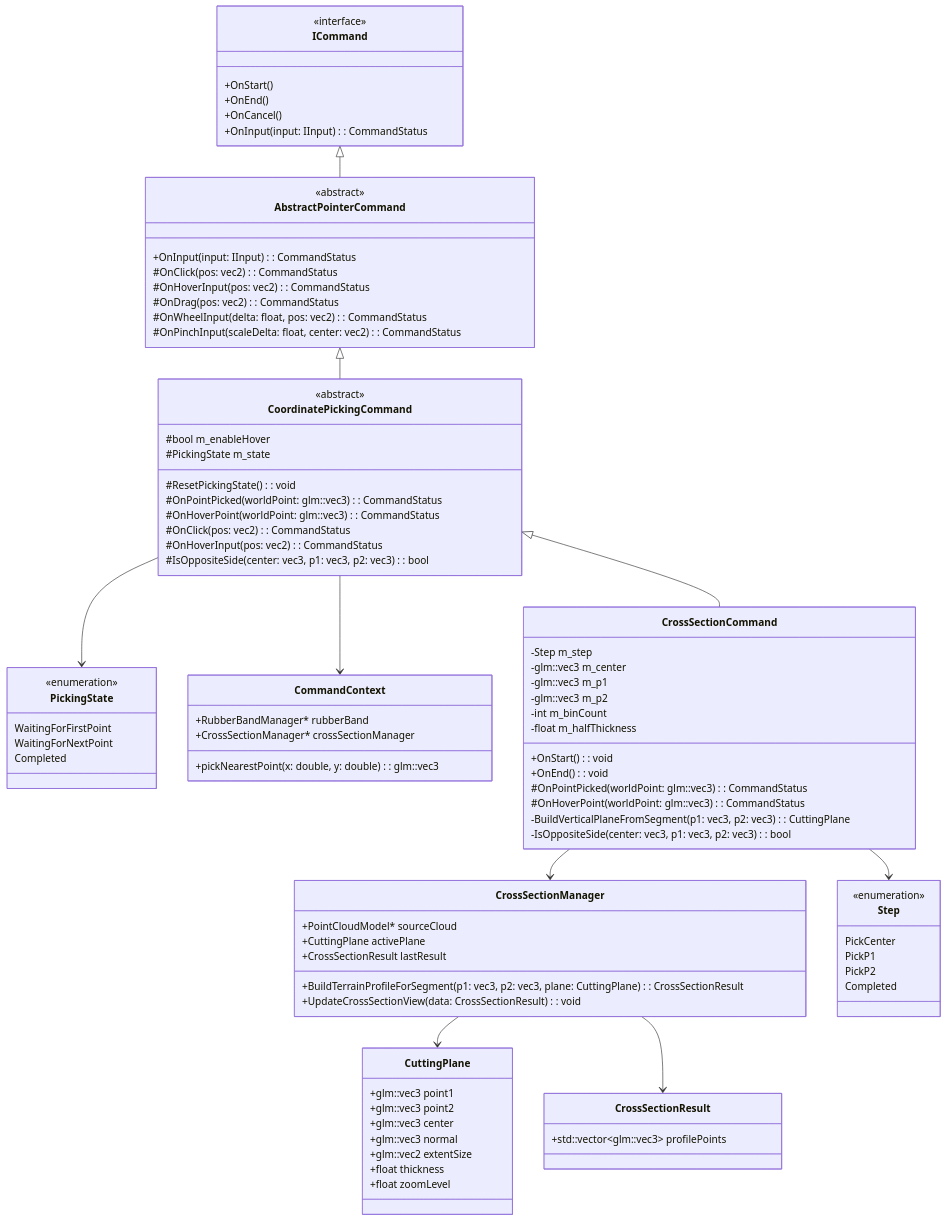
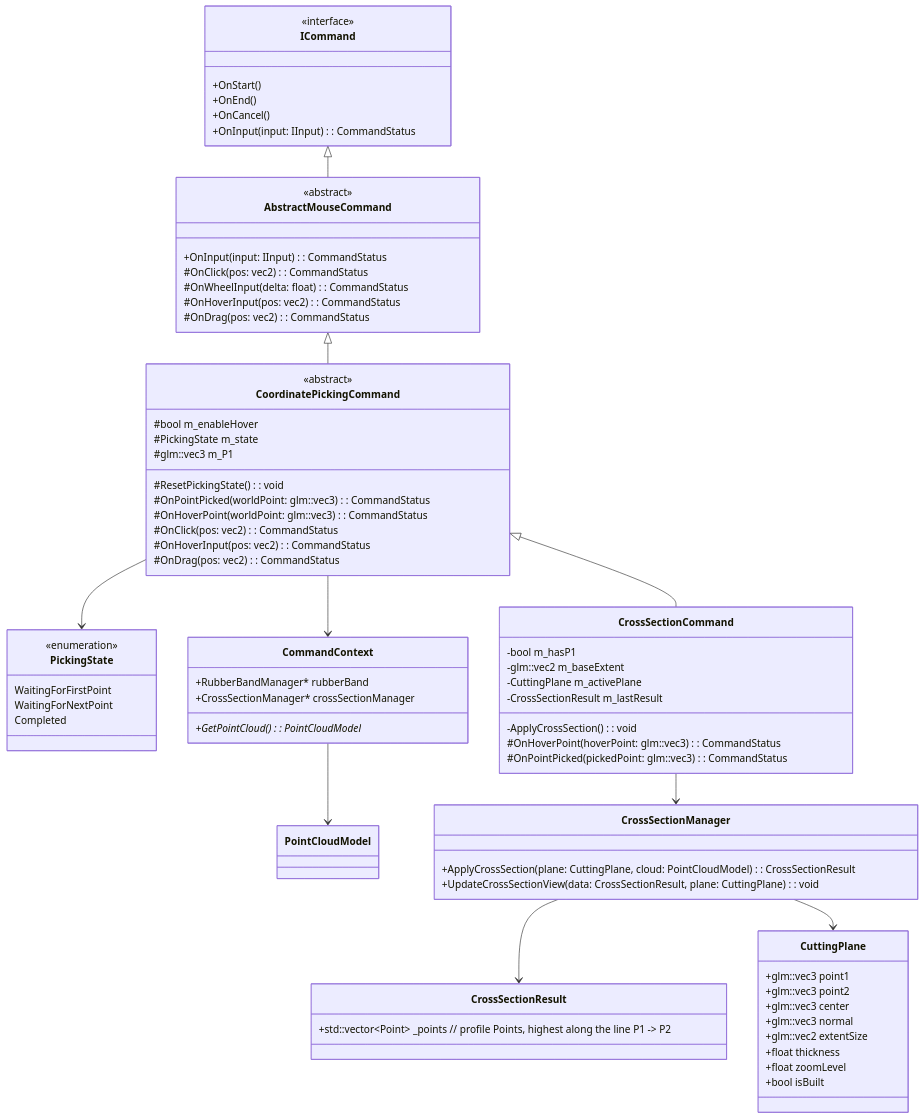
The diagram in NewCrossSection.md (vfa-khaidt1/vfa-cdn), drawn with Mermaid before and after one commit. The commit also changed other lines of this file, not shown here.

````diff
--- a/NewCrossSection.md
+++ b/NewCrossSection.md
@@ -22,26 +22,13 @@
         +OnInput(input: IInput): CommandStatus
     }
 
-    class AbstractPointerCommand {
+    class AbstractMouseCommand {
         <<abstract>>
         +OnInput(input: IInput): CommandStatus
         #OnClick(pos: vec2): CommandStatus
+        #OnWheelInput(delta: float): CommandStatus
         #OnHoverInput(pos: vec2): CommandStatus
         #OnDrag(pos: vec2): CommandStatus
-        #OnWheelInput(delta: float, pos: vec2): CommandStatus
-        #OnPinchInput(scaleDelta: float, center: vec2): CommandStatus
-    }
-
-    class CoordinatePickingCommand {
-        <<abstract>>
-        #bool m_enableHover
-        #PickingState m_state
-        #ResetPickingState(): void
-        #OnPointPicked(worldPoint: glm::vec3): CommandStatus
-        #OnHoverPoint(worldPoint: glm::vec3): CommandStatus
-        #OnClick(pos: vec2): CommandStatus
-        #OnHoverInput(pos: vec2): CommandStatus
-        #IsOppositeSide(center: vec3, p1: vec3, p2: vec3): bool
     }
 
     class PickingState {
@@ -51,8 +38,21 @@
         Completed
     }
 
-    ICommand <|-- AbstractPointerCommand
-    AbstractPointerCommand <|-- CoordinatePickingCommand
+    class CoordinatePickingCommand {
+        <<abstract>>
+        #bool m_enableHover
+        #PickingState m_state
+        #glm::vec3 m_P1
+        #ResetPickingState(): void
+        #OnPointPicked(worldPoint: glm::vec3): CommandStatus
+        #OnHoverPoint(worldPoint: glm::vec3): CommandStatus
+        #OnClick(pos: vec2): CommandStatus
+        #OnHoverInput(pos: vec2): CommandStatus
+        #OnDrag(pos: vec2): CommandStatus
+    }
+
+    ICommand <|-- AbstractMouseCommand
+    AbstractMouseCommand <|-- CoordinatePickingCommand
     CoordinatePickingCommand --> PickingState
 
     class CuttingPlane {
@@ -63,55 +63,41 @@
         +glm::vec2 extentSize
         +float thickness
         +float zoomLevel
+        +bool isBuilt
     }
 
     class CrossSectionResult {
-        +std::vector~glm::vec3~ profilePoints
+        +std::vector~Point~ _points // profile Points, highest along the line P1 -> P2
     }
 
+    class PointCloudModel
+
     class CrossSectionManager {
-        +PointCloudModel* sourceCloud
-        +CuttingPlane activePlane
-        +CrossSectionResult lastResult
-        +BuildTerrainProfileForSegment(p1: vec3, p2: vec3, plane: CuttingPlane): CrossSectionResult
-        +UpdateCrossSectionView(data: CrossSectionResult): void
+        +ApplyCrossSection(plane: CuttingPlane, cloud: PointCloudModel): CrossSectionResult
+        +UpdateCrossSectionView(data: CrossSectionResult, plane: CuttingPlane): void
     }
 
     class CommandContext {
         +RubberBandManager* rubberBand
         +CrossSectionManager* crossSectionManager
-        +pickNearestPoint(x: double, y: double): glm::vec3
+        +GetPointCloud(): PointCloudModel*
     }
 
     class CrossSectionCommand {
-        -Step m_step
-        -glm::vec3 m_center
-        -glm::vec3 m_p1
-        -glm::vec3 m_p2
-        -int m_binCount
-        -float m_halfThickness
-        +OnStart(): void
-        +OnEnd(): void
-        #OnPointPicked(worldPoint: glm::vec3): CommandStatus
-        #OnHoverPoint(worldPoint: glm::vec3): CommandStatus
-        -BuildVerticalPlaneFromSegment(p1: vec3, p2: vec3): CuttingPlane
-        -IsOppositeSide(center: vec3, p1: vec3, p2: vec3): bool
-    }
-
-    class Step {
-        <<enumeration>>
-        PickCenter
-        PickP1
-        PickP2
-        Completed
+        -bool m_hasP1
+        -glm::vec2 m_baseExtent
+        -CuttingPlane m_activePlane
+        -CrossSectionResult m_lastResult
+        -ApplyCrossSection(): void
+        #OnHoverPoint(hoverPoint: glm::vec3): CommandStatus
+        #OnPointPicked(pickedPoint: glm::vec3): CommandStatus
     }
 
     CoordinatePickingCommand <|-- CrossSectionCommand
-    CrossSectionCommand --> Step
-
     CoordinatePickingCommand --> CommandContext
     CrossSectionCommand --> CrossSectionManager
+    CommandContext --> PointCloudModel
+    CrossSectionManager --> CrossSectionResult
     CrossSectionManager --> CuttingPlane
-    CrossSectionManager --> CrossSectionResult
 
 ```
````
